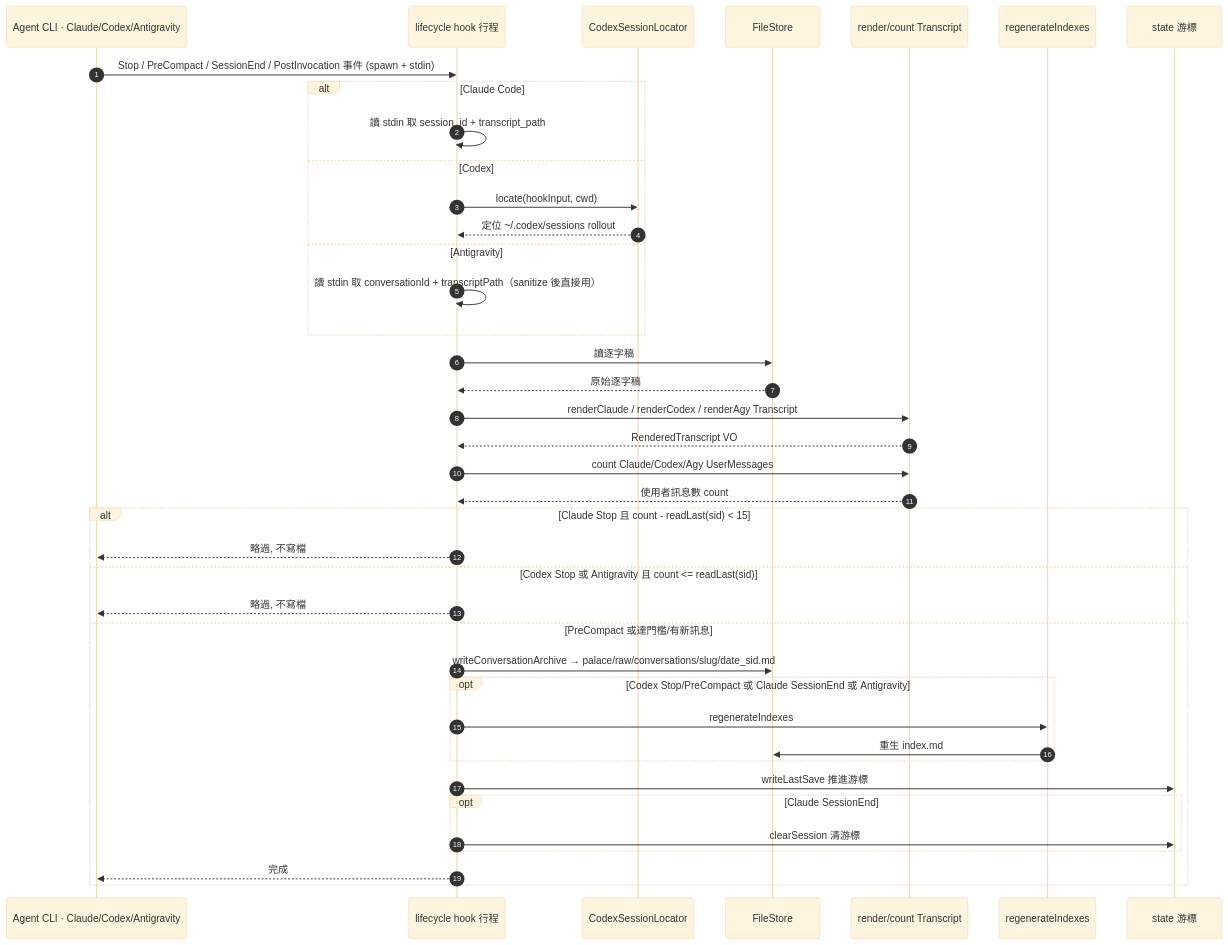
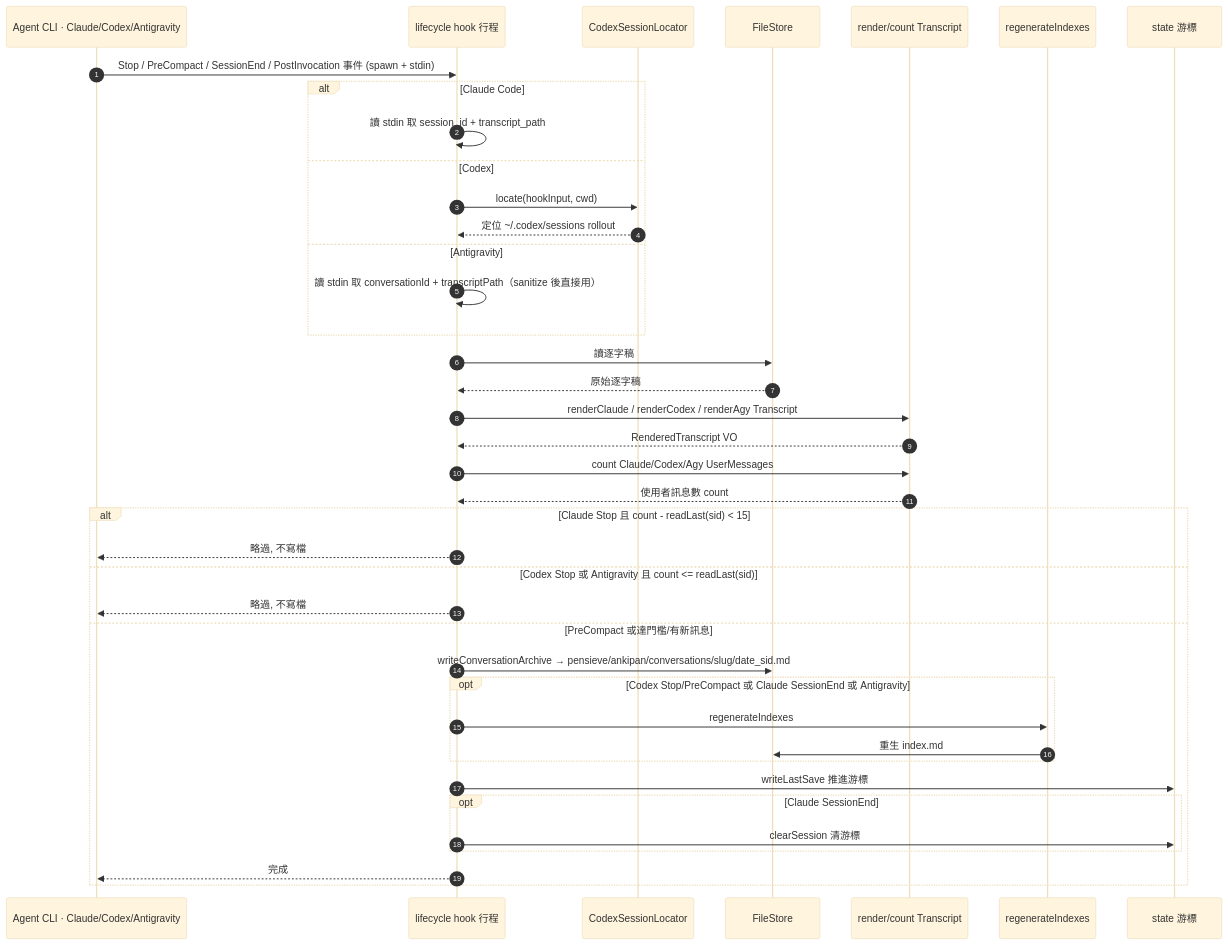
The third of 5 diagrams in docs/architecture/4plus1.md (neokn/elegent), drawn with Mermaid (base theme) before and after one commit. The commit also changed other lines of this file and 55 other files, not shown here.

First line of the commit message:
refactor(rename)!: digest→distil、palace→pensieve、raw→ankipan 全域改名

````diff
--- a/docs/architecture/4plus1.md
+++ b/docs/architecture/4plus1.md
@@ -142,43 +142,43 @@
 ```mermaid
 sequenceDiagram
     autonumber
     participant CLI as Agent CLI · Claude/Codex/Antigravity
     participant Hook as lifecycle hook 行程
     participant Loc as CodexSessionLocator
     participant FS as FileStore
     participant Pr as render/count Transcript
     participant Idx as regenerateIndexes
     participant St as state 游標
 
     CLI->>Hook: Stop / PreCompact / SessionEnd / PostInvocation 事件 (spawn + stdin)
     alt Claude Code
         Hook->>Hook: 讀 stdin 取 session_id + transcript_path
     else Codex
         Hook->>Loc: locate(hookInput, cwd)
         Loc-->>Hook: 定位 ~/.codex/sessions rollout
     else Antigravity
         Hook->>Hook: 讀 stdin 取 conversationId + transcriptPath（sanitize 後直接用）
     end
     Hook->>FS: 讀逐字稿
     FS-->>Hook: 原始逐字稿
     Hook->>Pr: renderClaude / renderCodex / renderAgy Transcript
     Pr-->>Hook: RenderedTranscript VO
     Hook->>Pr: count Claude/Codex/Agy UserMessages
     Pr-->>Hook: 使用者訊息數 count
     alt Claude Stop 且 count - readLast(sid) < 15
         Hook-->>CLI: 略過, 不寫檔
     else Codex Stop 或 Antigravity 且 count <= readLast(sid)
         Hook-->>CLI: 略過, 不寫檔
     else PreCompact 或達門檻/有新訊息
-        Hook->>FS: writeConversationArchive → palace/raw/conversations/slug/date_sid.md
+        Hook->>FS: writeConversationArchive → pensieve/ankipan/conversations/slug/date_sid.md
         opt Codex Stop/PreCompact 或 Claude SessionEnd 或 Antigravity
             Hook->>Idx: regenerateIndexes
             Idx->>FS: 重生 index.md
         end
         Hook->>St: writeLastSave 推進游標
         opt Claude SessionEnd
             Hook->>St: clearSession 清游標
         end
         Hook-->>CLI: 完成
     end
 ```
````
